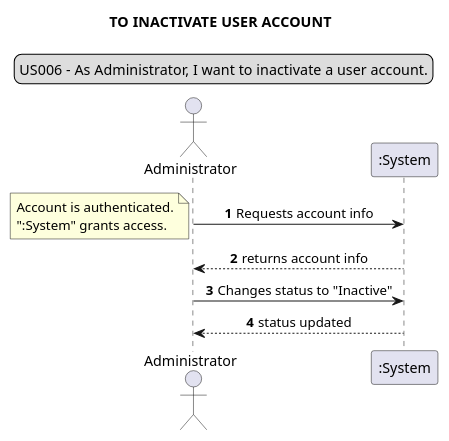
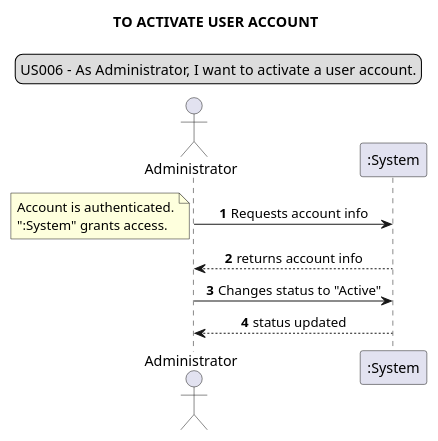
The eighth of 26 diagrams in docs/requirements_gathering/system_sequence_diagrams/System_Sequence_Diagram.puml (Loracline/project_switch_22-23), drawn with PlantUML before and after one commit. The commit also changed 6 other files, not shown here.

Commit message:
Sequence Diagrams | Update and refinement according to new version

```diff
--- a/docs/requirements_gathering/system_sequence_diagrams/System_Sequence_Diagram.puml
+++ b/docs/requirements_gathering/system_sequence_diagrams/System_Sequence_Diagram.puml
@@ -125,17 +124,17 @@
 @startuml
 legend top
-US006 - As Administrator, I want to inactivate a user account.
+US006 - As Administrator, I want to activate a user account.
 end legend
 skinparam sequenceMessageAlign center
-title TO INACTIVATE USER ACCOUNT
+title TO ACTIVATE USER ACCOUNT
 actor Administrator
 autonumber
 Administrator -> ":System": Requests account info
 note left
 Account is authenticated.
 ":System" grants access.
 end note
-Administrator <-- ":System": returns account info
-Administrator -> ":System": Changes status to "Inactive"
+":System" --> Administrator: returns account info
+Administrator -> ":System": Changes status to "Active"
 ":System" --> Administrator: status updated
 @enduml
```
